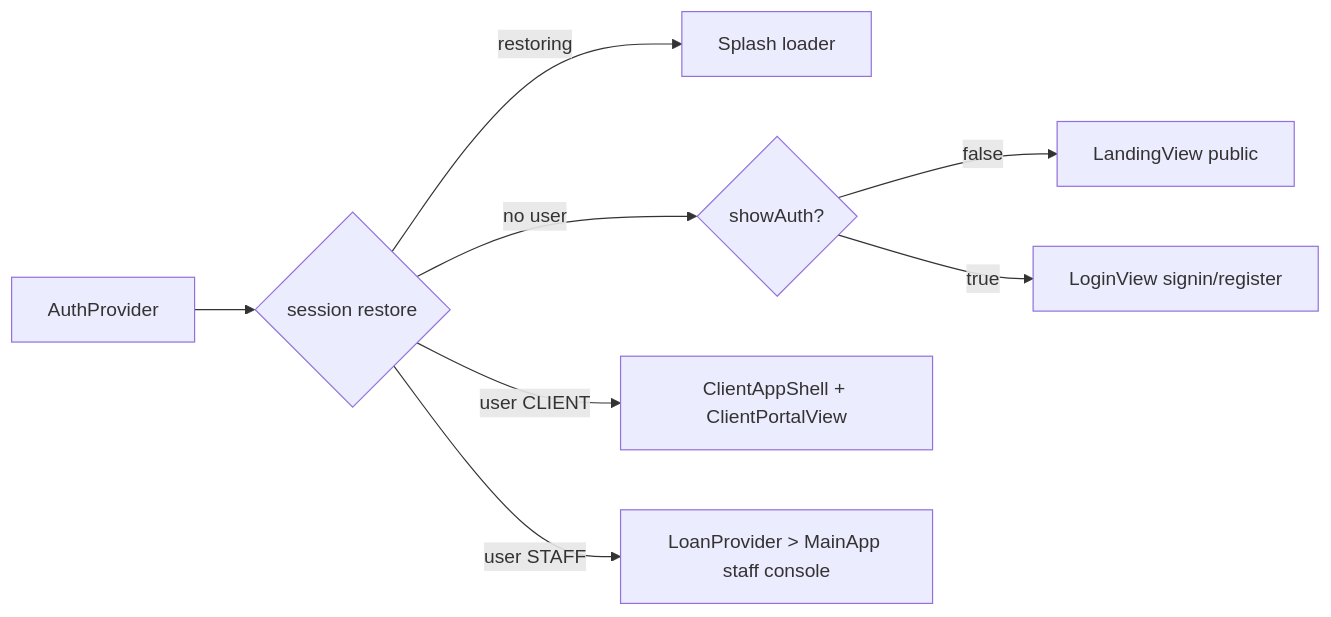
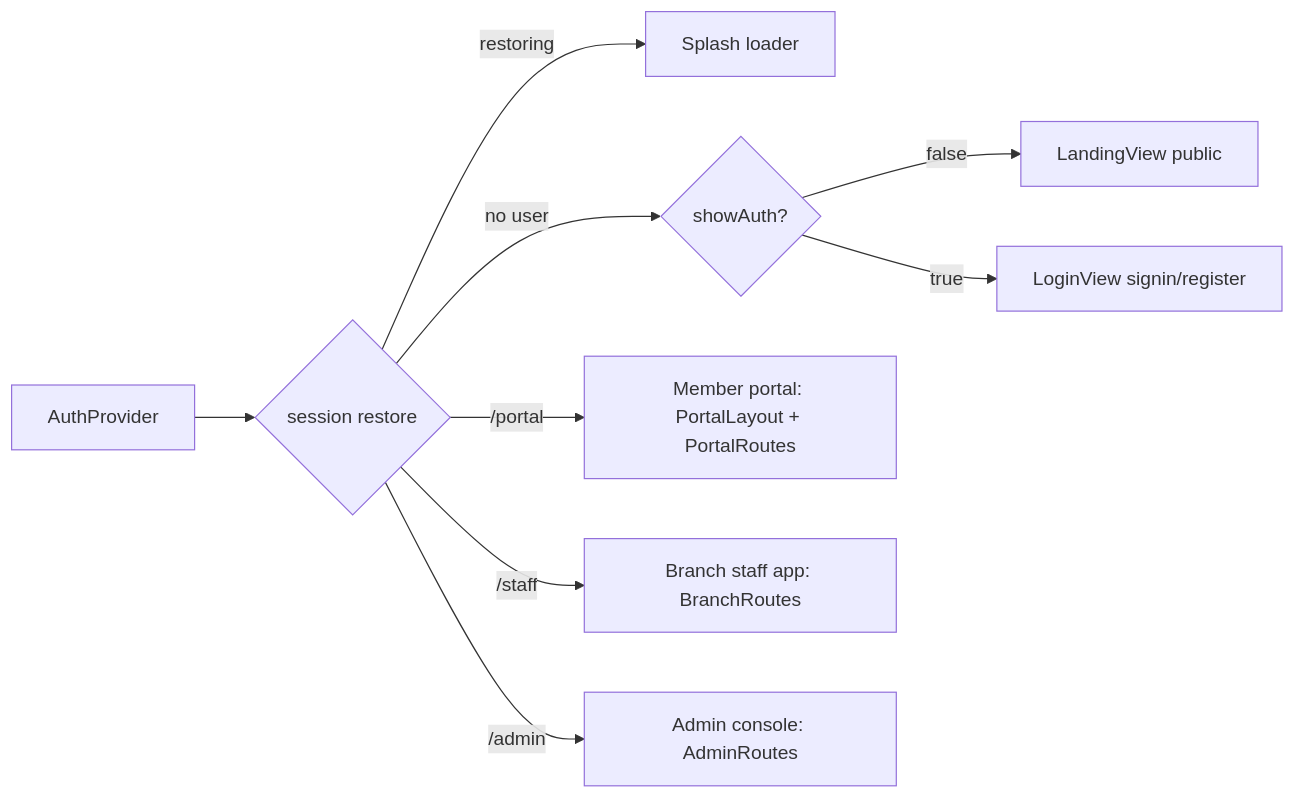
Before and after one commit to olorvidacj/microfinance-system: the second of 3 diagrams in docs/SYSTEM_SCHEMA.md, drawn with Mermaid. The commit also changed other lines of this file and 52 other files, not shown here.

First line of the commit message:
chore(cleanup): delete the unreachable legacy shell and the schema dump

````diff
--- a/docs/SYSTEM_SCHEMA.md
+++ b/docs/SYSTEM_SCHEMA.md
@@ -88,10 +85,11 @@
 ```mermaid
 flowchart LR
     A[AuthProvider] --> B{session restore}
     B -->|restoring| C[Splash loader]
     B -->|no user| D{showAuth?}
     D -->|false| E[LandingView public]
     D -->|true| F[LoginView signin/register]
-    B -->|user CLIENT| G[ClientAppShell + ClientPortalView]
-    B -->|user STAFF| H[LoanProvider > MainApp staff console]
+    B -->|/portal| G[Member portal: PortalLayout + PortalRoutes]
+    B -->|/staff| H[Branch staff app: BranchRoutes]
+    B -->|/admin| I[Admin console: AdminRoutes]
 ```
````
